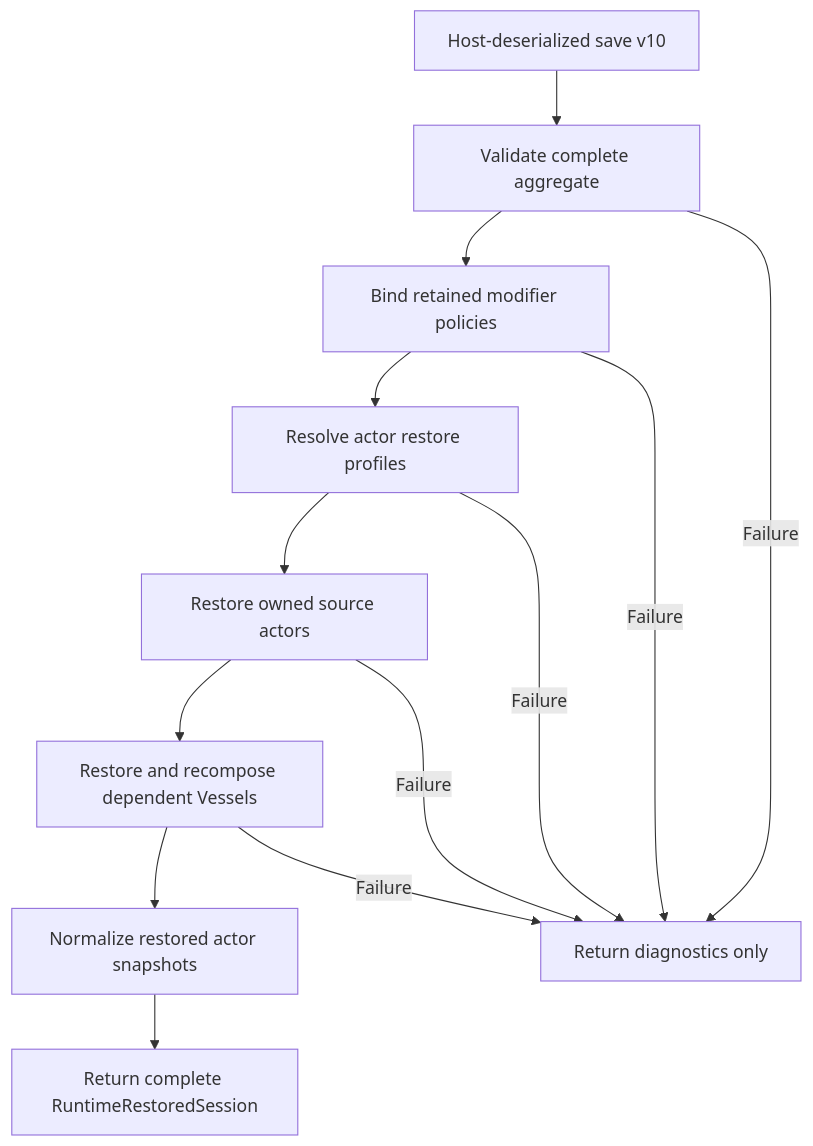
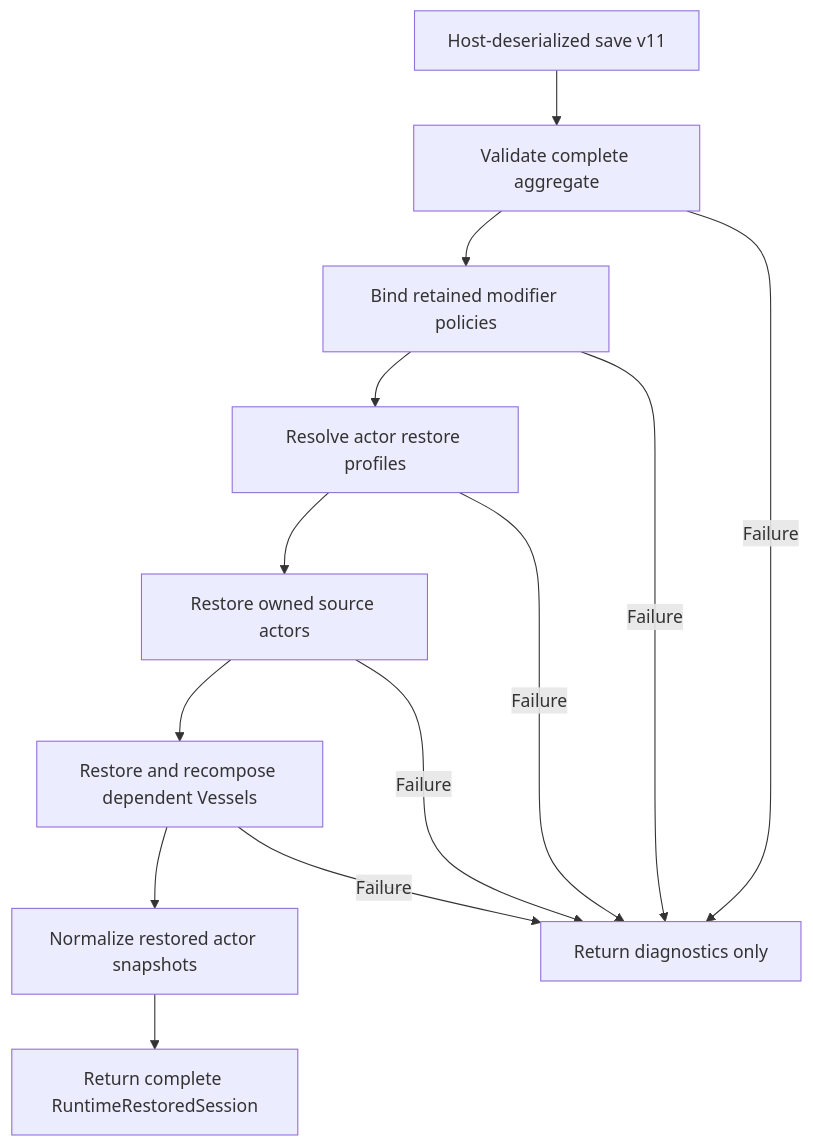
Before and after one commit to KayelC/Convergence: the fifth of 5 diagrams in docs/developer-guide/actors-and-runtime-state.md, drawn with Mermaid. The commit also changed 62 other files, not shown here.

````diff
--- a/docs/developer-guide/actors-and-runtime-state.md
+++ b/docs/developer-guide/actors-and-runtime-state.md
@@ -344,15 +344,15 @@
 ```mermaid
 flowchart TD
-    Save["Host-deserialized save v10"] --> Validate["Validate complete aggregate"]
+    Save["Host-deserialized save v11"] --> Validate["Validate complete aggregate"]
     Validate --> Modifiers["Bind retained modifier policies"]
     Modifiers --> Profiles["Resolve actor restore profiles"]
     Profiles --> Sources["Restore owned source actors"]
     Sources --> Vessels["Restore and recompose dependent Vessels"]
     Vessels --> Normalize["Normalize restored actor snapshots"]
     Normalize --> Session["Return complete RuntimeRestoredSession"]
     Validate -->|Failure| Reject["Return diagnostics only"]
     Modifiers -->|Failure| Reject
     Profiles -->|Failure| Reject
     Sources -->|Failure| Reject
     Vessels -->|Failure| Reject
 ```
````
